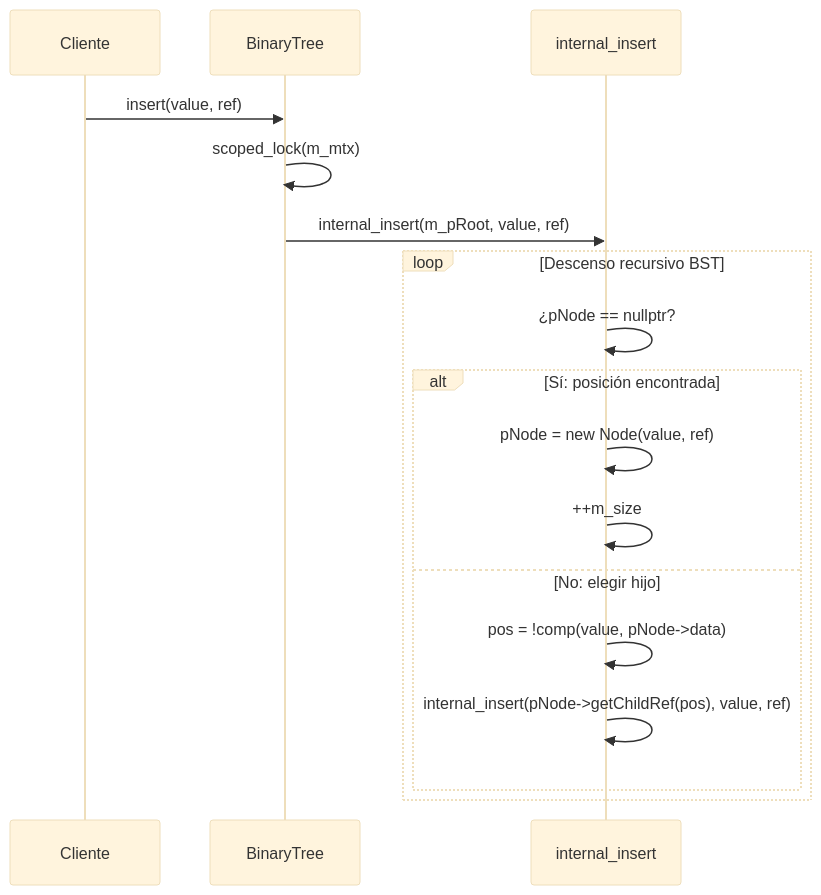
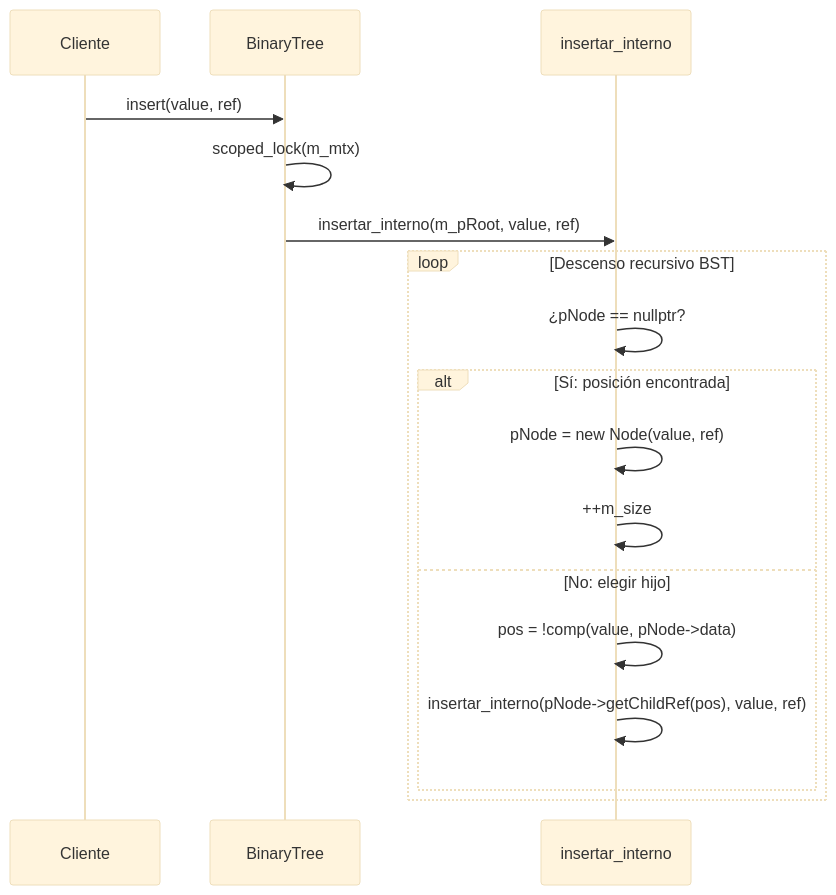
Before and after one commit to Camilo-vinatea/2026-I-MCC001-AED: the ninth of 10 diagrams in docs/architecture.md, drawn with Mermaid (base theme). The commit also changed other lines of this file and 1 other file, not shown here.

````diff
--- a/docs/architecture.md
+++ b/docs/architecture.md
@@ -511,21 +454,21 @@
 ```mermaid
 sequenceDiagram
     participant Cliente
     participant BinaryTree
-    participant internal_insert
+    participant insertar_interno
 
     Cliente->>BinaryTree: insert(value, ref)
     BinaryTree->>BinaryTree: scoped_lock(m_mtx)
-    BinaryTree->>internal_insert: internal_insert(m_pRoot, value, ref)
+    BinaryTree->>insertar_interno: insertar_interno(m_pRoot, value, ref)
 
     loop Descenso recursivo BST
-        internal_insert->>internal_insert: ¿pNode == nullptr?
+        insertar_interno->>insertar_interno: ¿pNode == nullptr?
         alt Sí: posición encontrada
-            internal_insert->>internal_insert: pNode = new Node(value, ref)
-            internal_insert->>internal_insert: ++m_size
+            insertar_interno->>insertar_interno: pNode = new Node(value, ref)
+            insertar_interno->>insertar_interno: ++m_size
         else No: elegir hijo
-            internal_insert->>internal_insert: pos = !comp(value, pNode->data)
-            internal_insert->>internal_insert: internal_insert(pNode->getChildRef(pos), value, ref)
+            insertar_interno->>insertar_interno: pos = !comp(value, pNode->data)
+            insertar_interno->>insertar_interno: insertar_interno(pNode->getChildRef(pos), value, ref)
         end
     end
 ```
````
